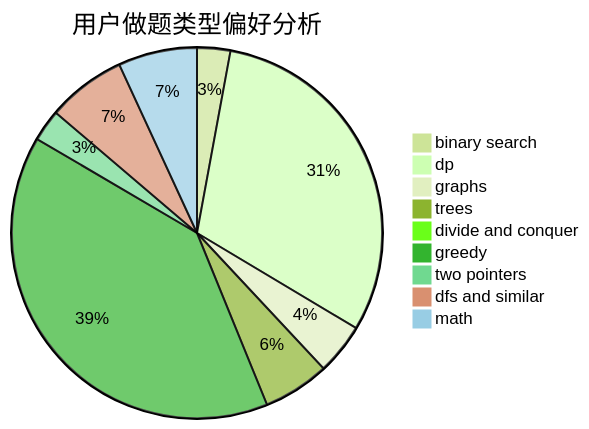
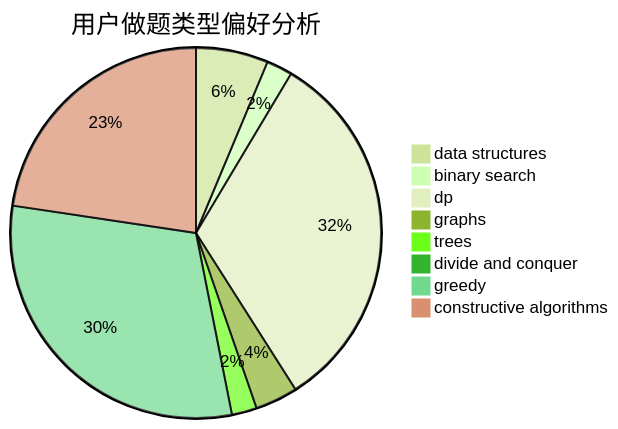
Before and after one commit to sherpahu/cfrs.github.io: the second of 3 diagrams in docs/user/u2169.md, drawn with Mermaid (forest theme). The commit also changed other lines of this file and 2775 other files, not shown here.

````diff
--- a/docs/user/u2169.md
+++ b/docs/user/u2169.md
@@ -23,12 +23,11 @@
 ```mermaid
 pie title 用户做题类型偏好分析
-    "binary search" :  48
-    "dp" :  508
-    "graphs" :  74
-    "trees" :  96
-    "divide and conquer" :  7
-    "greedy" :  656
-    "two pointers" :  46
-    "dfs and similar" :  114
-    "math" :  114
+    "data structures" :  78
+    "binary search" :  28
+    "dp" :  401
+    "graphs" :  46
+    "trees" :  27
+    "divide and conquer" :  0
+    "greedy" :  377
+    "constructive algorithms" :  280
 ```
````
